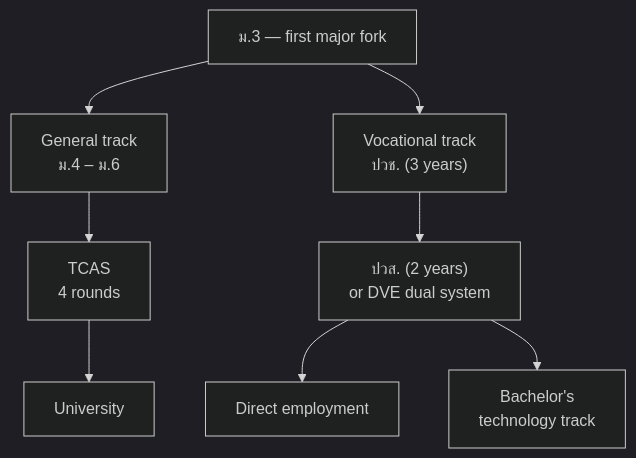
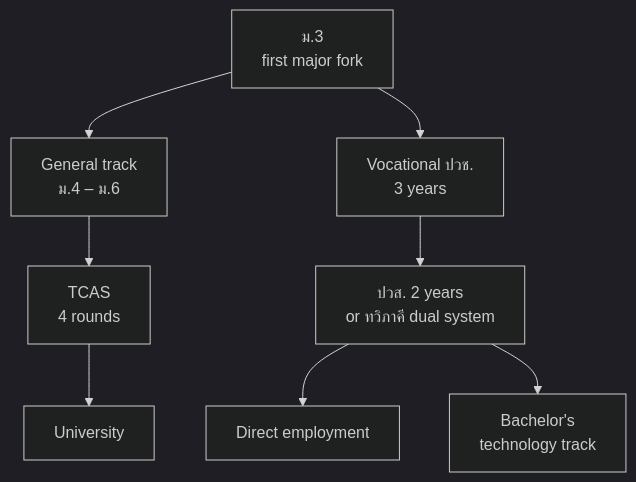
The diagram in docs/02-research-and-evidence.md (winxtxrgit/futureme-ai), drawn with Mermaid (dark theme) before and after one commit. The commit also changed other lines of this file and 9 other files, not shown here.

````diff
--- a/docs/02-research-and-evidence.md
+++ b/docs/02-research-and-evidence.md
@@ -82,10 +83,10 @@
 ```mermaid
 flowchart TD
-    A["ม.3 — first major fork"] --> B["General track<br/>ม.4 – ม.6"]
-    A --> C["Vocational track<br/>ปวช. (3 years)"]
+    A["ม.3<br/>first major fork"] --> B["General track<br/>ม.4 – ม.6"]
+    A --> C["Vocational ปวช.<br/>3 years"]
     B --> D["TCAS<br/>4 rounds"]
     D --> E["University"]
-    C --> F["ปวส. (2 years)<br/>or DVE dual system"]
+    C --> F["ปวส. 2 years<br/>or ทวิภาคี dual system"]
     F --> G["Direct employment"]
     F --> H["Bachelor's<br/>technology track"]
 ```
````
